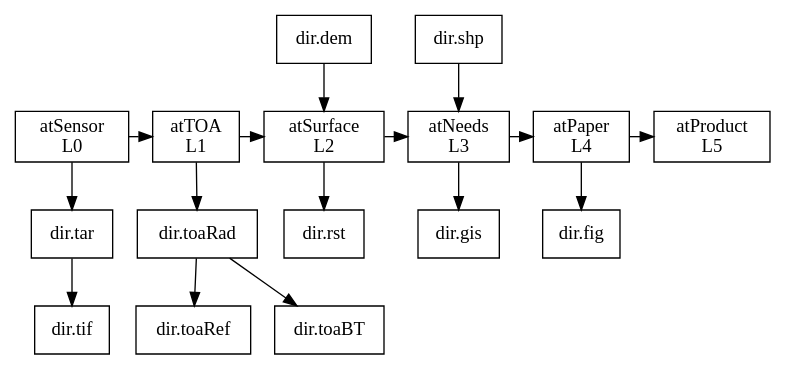
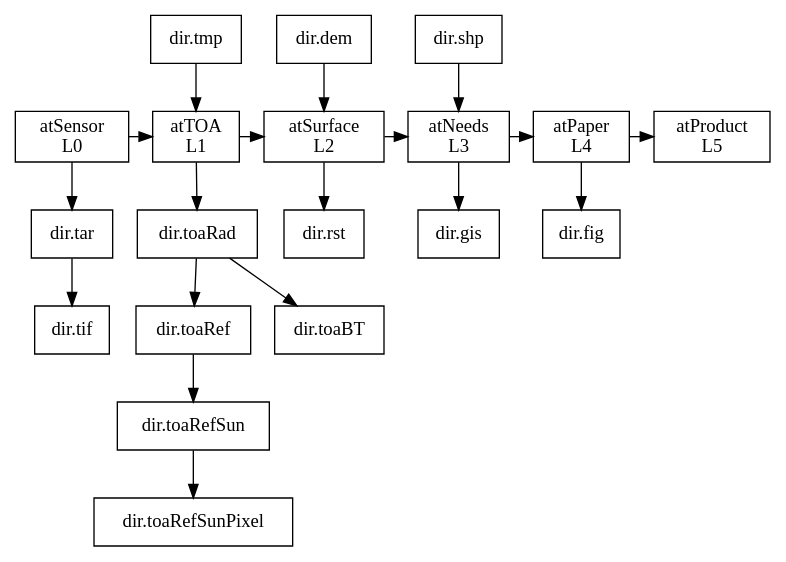
The diagram in paper/TIR.dot (bwtian/TIR), drawn with Graphviz before and after one commit. The commit also changed 4 other files, not shown here.

```diff
--- a/paper/TIR.dot
+++ b/paper/TIR.dot
@@ -1,17 +1,18 @@
 
 digraph {
 node [shape = box]
 L0 [label = "atSensor \n L0"]
 L1 [label = "atTOA \n L1"]
 L2 [label = "atSurface \n L2"]
 L3 [label = "atNeeds\n L3"]
 L4 [label = "atPaper\n L4"]
 L5 [label = "atProduct\n L5"]
 L0 -> L1 -> L2 -> L3 -> L4 -> L5
 {rank =same; L0, L1,L2,L3,L4,L5}
 L0 -> "dir.tar" -> "dir.tif"
-L1 -> "dir.toaRad" -> {"dir.toaRef", "dir.toaBT"}
+"dir.tmp" -> L1 -> "dir.toaRad" -> {"dir.toaRef","dir.toaBT"}
+"dir.toaRef" -> "dir.toaRefSun" -> "dir.toaRefSunPixel"
 "dir.dem" -> L2 -> "dir.rst"
 "dir.shp" -> L3 -> "dir.gis"
 L4 -> "dir.fig"
 }
```
